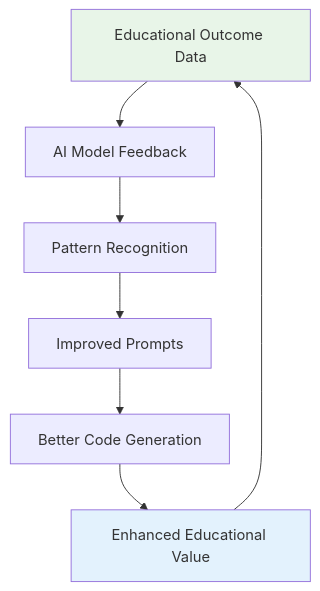
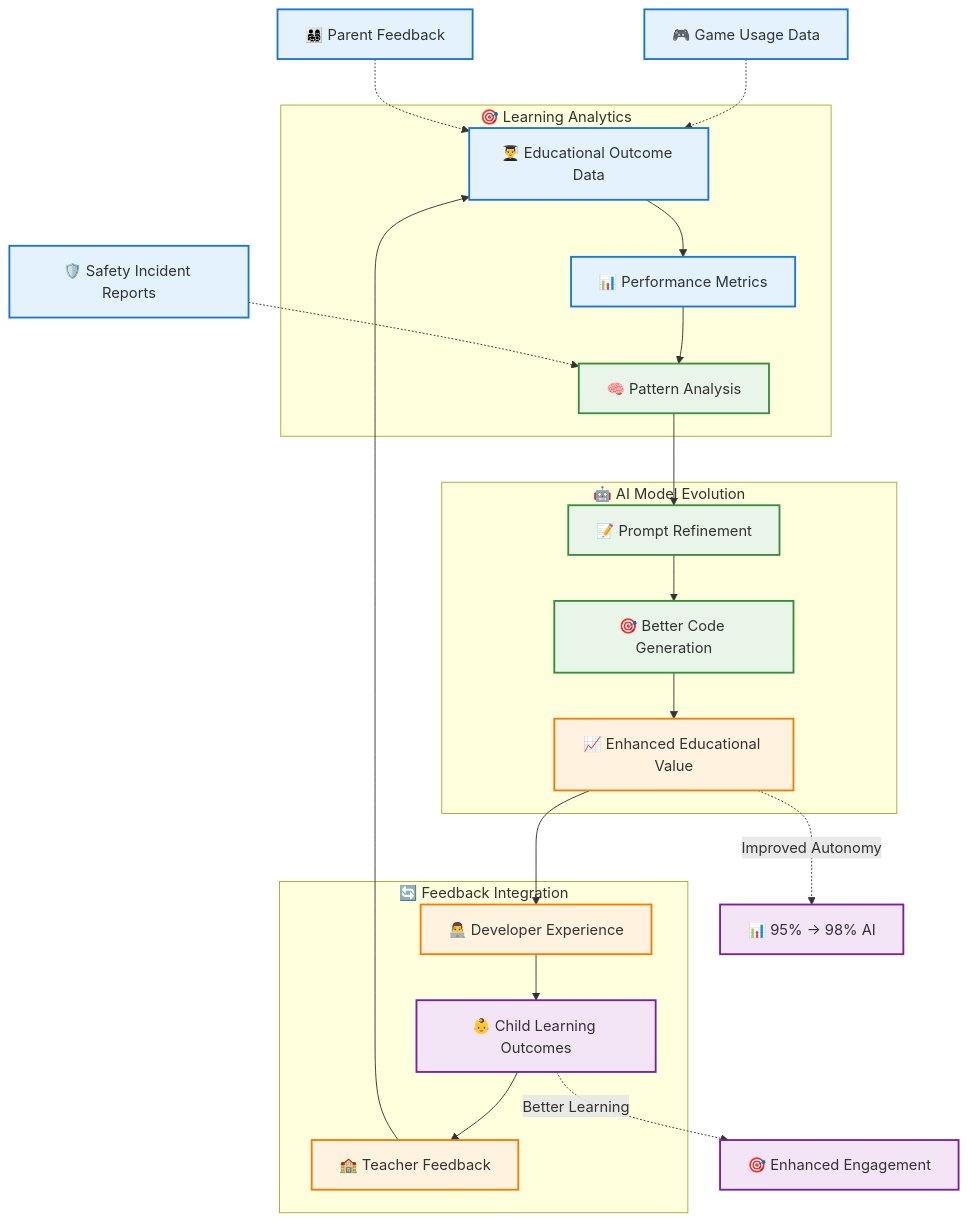
Before and after one commit to victorsaly/WorldLeadersGame: the eighth of 9 diagrams in docs/_posts/2025-08-04-ai-first-development-workflow-copilot-agents.md, drawn with Mermaid. The commit also changed other lines of this file, not shown here.

First line of the commit message:
enhance: make Mermaid diagrams more dynamic and engaging

````diff
--- a/docs/_posts/2025-08-04-ai-first-development-workflow-copilot-agents.md
+++ b/docs/_posts/2025-08-04-ai-first-development-workflow-copilot-agents.md
@@ -360,12 +426,39 @@
 ```mermaid
 graph TD
-    A[Educational Outcome Data] --> B[AI Model Feedback]
-    B --> C[Pattern Recognition]
-    C --> D[Improved Prompts]
-    D --> E[Better Code Generation]
-    E --> F[Enhanced Educational Value]
-    F --> A
+    subgraph "🎯 Learning Analytics"
+        A[👨‍🎓 Educational Outcome Data] --> B[📊 Performance Metrics]
+        B --> C[🧠 Pattern Analysis]
+    end
     
-    style A fill:#e8f5e8
-    style F fill:#e3f2fd
+    subgraph "🤖 AI Model Evolution"
+        C --> D[📝 Prompt Refinement]
+        D --> E[🎯 Better Code Generation]
+        E --> F[📈 Enhanced Educational Value]
+    end
+    
+    subgraph "🔄 Feedback Integration"
+        F --> G[👨‍💻 Developer Experience]
+        G --> H[👶 Child Learning Outcomes]
+        H --> I[🏫 Teacher Feedback]
+        I --> A
+    end
+    
+    %% External feedback loops
+    J[🎮 Game Usage Data] -.-> A
+    K[👨‍👩‍👧‍👦 Parent Feedback] -.-> A
+    L[🛡️ Safety Incident Reports] -.-> C
+    
+    %% Improvement indicators
+    F -.->|"Improved Autonomy"| M[📊 95% → 98% AI]
+    H -.->|"Better Learning"| N[🎯 Enhanced Engagement]
+    
+    classDef dataNode fill:#e3f2fd,stroke:#1976d2,stroke-width:2px
+    classDef aiNode fill:#e8f5e8,stroke:#388e3c,stroke-width:2px
+    classDef feedbackNode fill:#fff3e0,stroke:#f57c00,stroke-width:2px
+    classDef outcomeNode fill:#f3e5f5,stroke:#7b1fa2,stroke-width:2px
+    
+    class A,B,J,K,L dataNode
+    class C,D,E aiNode
+    class F,G,I feedbackNode
+    class H,M,N outcomeNode
 ```
````
